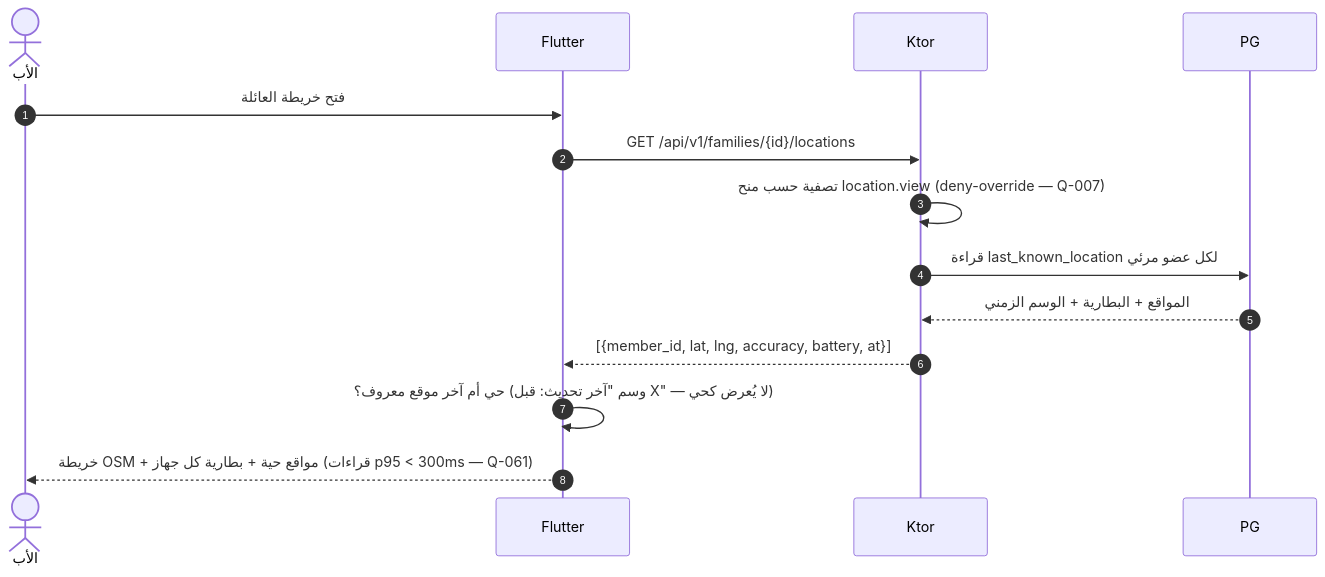
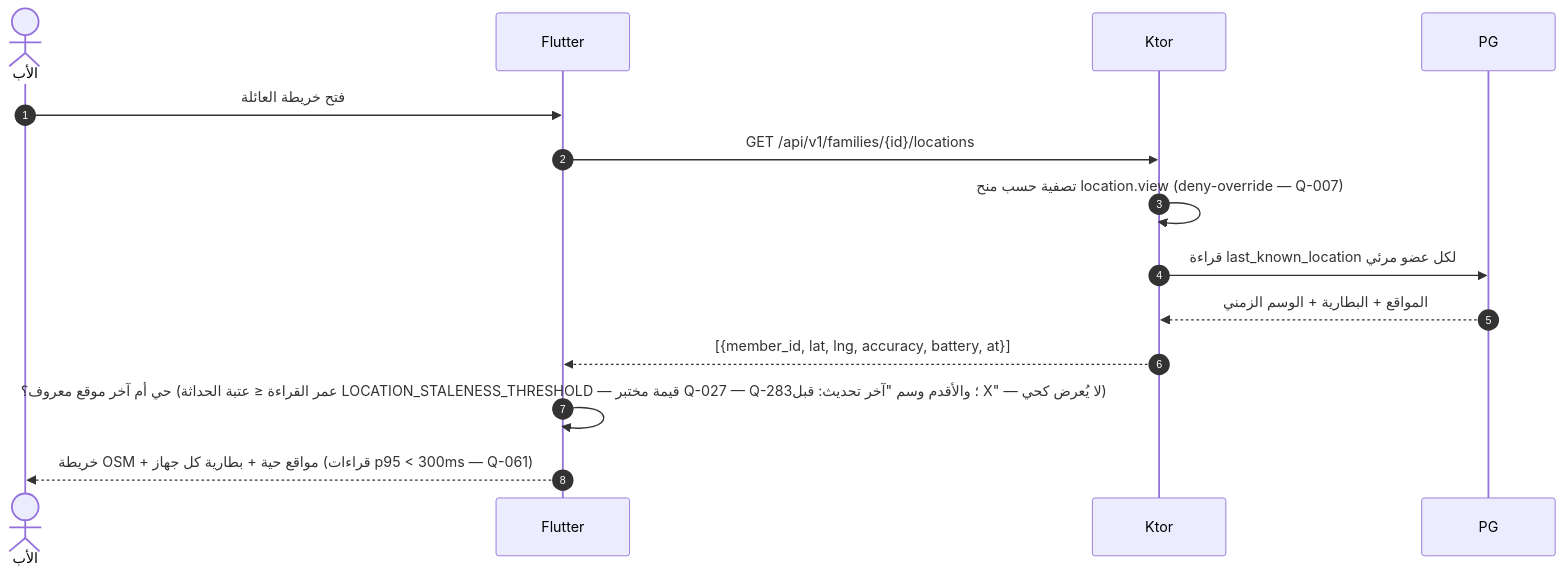
One commit to Bassam-mohammed-alqaeadi/family-os-v2 changed the fourth of 13 diagrams in docs/family-os/governance/phases/phase-1/S1-07-location-basic/DIAGRAMS.md. Above: the diagram before and after it, drawn with Mermaid. The commit also changed other lines of this file and 1 other file, not shown here.

Commit message:
R2-S107-07 (Q-283): عتبة حداثة الموقع — الحي ضمن LOCATION_STALENESS_THRESHOLD (قيمة مختبر Q-027)؛ والأقدم «آخر موقع معروف منذ X» لا يُقدَّم كحي أبداً

````diff
--- a/docs/family-os/governance/phases/phase-1/S1-07-location-basic/DIAGRAMS.md
+++ b/docs/family-os/governance/phases/phase-1/S1-07-location-basic/DIAGRAMS.md
@@ -194,16 +194,16 @@
 ```mermaid
 sequenceDiagram
     autonumber
     actor Father as الأب
     participant التطبيق as Flutter
     participant الخادم as Ktor
     participant المخزن as PG
     Father->>التطبيق: فتح خريطة العائلة
     التطبيق->>الخادم: GET /api/v1/families/{id}/locations
     الخادم->>الخادم: تصفية حسب منح location.view (deny-override — Q-007)
     الخادم->>المخزن: قراءة last_known_location لكل عضو مرئي
     المخزن-->>الخادم: المواقع + البطارية + الوسم الزمني
     الخادم-->>التطبيق: [{member_id, lat, lng, accuracy, battery, at}]
-    التطبيق->>التطبيق: حي أم آخر موقع معروف؟ (وسم "آخر تحديث: قبل X" — لا يُعرض كحي)
+    التطبيق->>التطبيق: حي أم آخر موقع معروف؟ (عمر القراءة ≤ عتبة الحداثة LOCATION_STALENESS_THRESHOLD — قيمة مختبر Q-027 — Q-283؛ والأقدم وسم "آخر تحديث: قبل X" — لا يُعرض كحي)
     التطبيق-->>Father: خريطة OSM + مواقع حية + بطارية كل جهاز (قراءات p95 < 300ms — Q-061)
 ```
````
